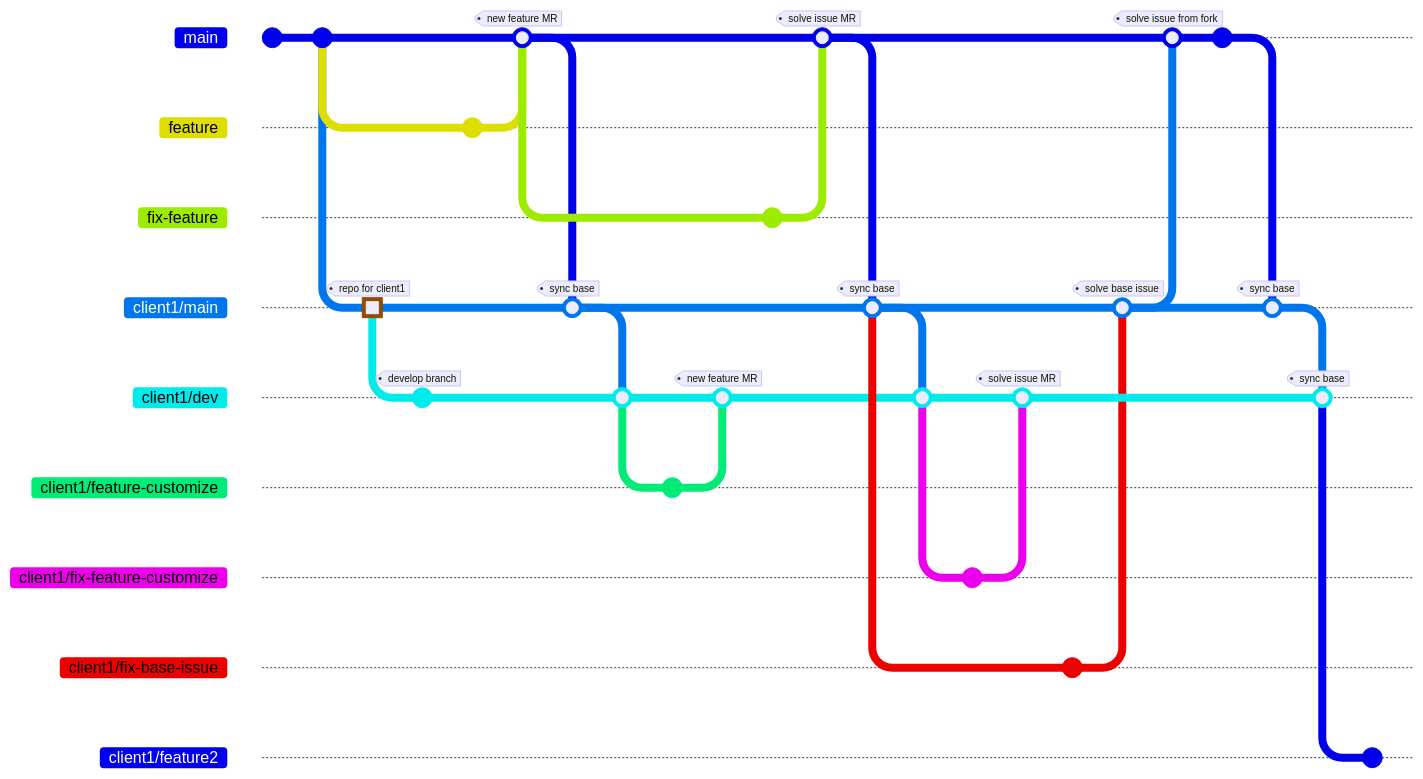
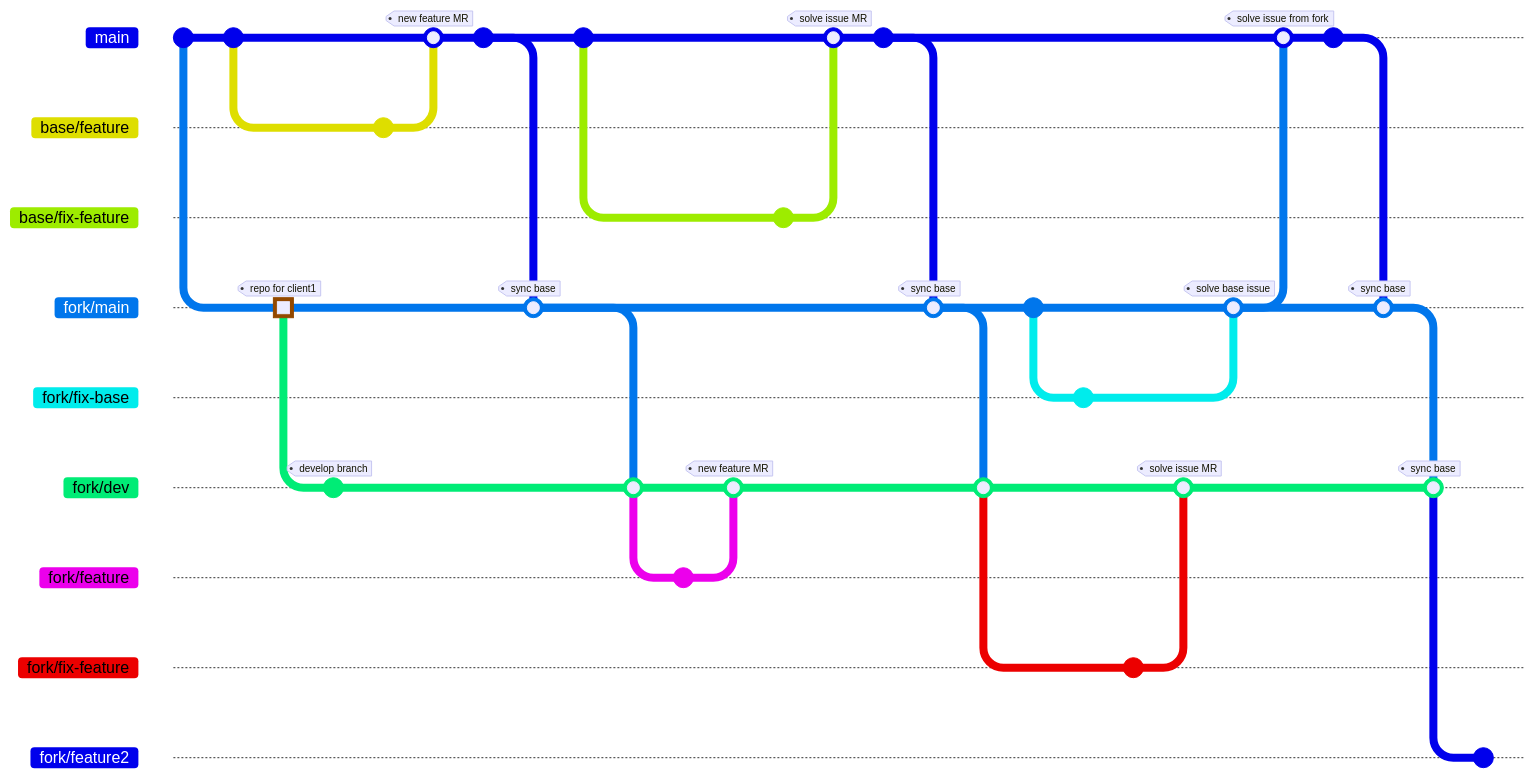
One commit to tsengyushiang/notes changed the first of 2 diagrams in git/workflow.md. Above: the diagram before and after it, drawn with Mermaid. The commit also changed other lines of this file, not shown here. Commit ids are hidden.

````diff
--- a/git/workflow.md
+++ b/git/workflow.md
@@ -8,54 +7,62 @@
-```mermaid 
+``` mermaid
 %%{init: { 'gitGraph': {'showCommitLabel': false}} }%%
 
 gitGraph
     commit
+    branch fork/main order: 5
+    checkout main
     commit
-    branch feature order: 1
-    branch client1/main order: 5
+    branch base/feature order: 1
+    checkout fork/main
     commit tag:"repo for client1" type: HIGHLIGHT
-    branch client1/dev order: 6
+    branch fork/dev order: 7
     commit tag:"develop branch"
-    checkout feature
+    checkout base/feature
     commit
     checkout main
-    merge feature tag:"new feature MR"
-    checkout client1/main
+    merge base/feature tag:"new feature MR"
+    commit
+    checkout fork/main
     merge main tag:"sync base"
-    checkout client1/dev
-    merge client1/main
-    branch client1/feature-customize order: 7
+    checkout main
     commit
-    checkout client1/feature-customize
-    checkout client1/dev
-    merge client1/feature-customize tag:"new feature MR"
-    checkout main
-    branch fix-feature order: 2
+    branch base/fix-feature order: 2
+    checkout fork/dev
+    merge fork/main
+    branch fork/feature order: 8
+    commit
+    checkout fork/dev
+    merge fork/feature tag:"new feature MR"
+    checkout base/fix-feature
     commit
     checkout main
-    merge fix-feature tag:"solve issue MR"
-    checkout client1/main
+    merge base/fix-feature tag:"solve issue MR"
+    commit
+    checkout fork/main
     merge main tag:"sync base"
-    checkout client1/dev
-    merge client1/main
-    branch client1/fix-feature-customize order: 8
+    checkout fork/dev
+    merge fork/main
+    checkout fork/main
     commit
-    checkout client1/dev
-    merge client1/fix-feature-customize tag:"solve issue MR"
-    checkout client1/main
-    branch client1/fix-base-issue order:10
+    branch fork/fix-base order:6
     commit
-    checkout client1/main
-    merge client1/fix-base-issue tag:"solve base issue"
+    checkout fork/dev
+    branch fork/fix-feature order: 9
+    commit
+    checkout fork/dev
+    merge fork/fix-feature tag:"solve issue MR"
+    
+    checkout fork/main
+    merge fork/fix-base tag:"solve base issue"
     checkout main
-    merge client1/main tag:"solve issue from fork"
+    merge fork/main tag:"solve issue from fork"
     checkout main
     commit
-    checkout client1/main
+    checkout fork/main
     merge main tag:"sync base"
-    checkout client1/dev
-    merge client1/main tag:"sync base"
-    checkout client1/dev
-    branch client1/feature2 order:11
+    checkout fork/dev
+    merge fork/main tag:"sync base"
+    checkout fork/dev
+    branch fork/feature2 order:11
     commit
 ```
````
